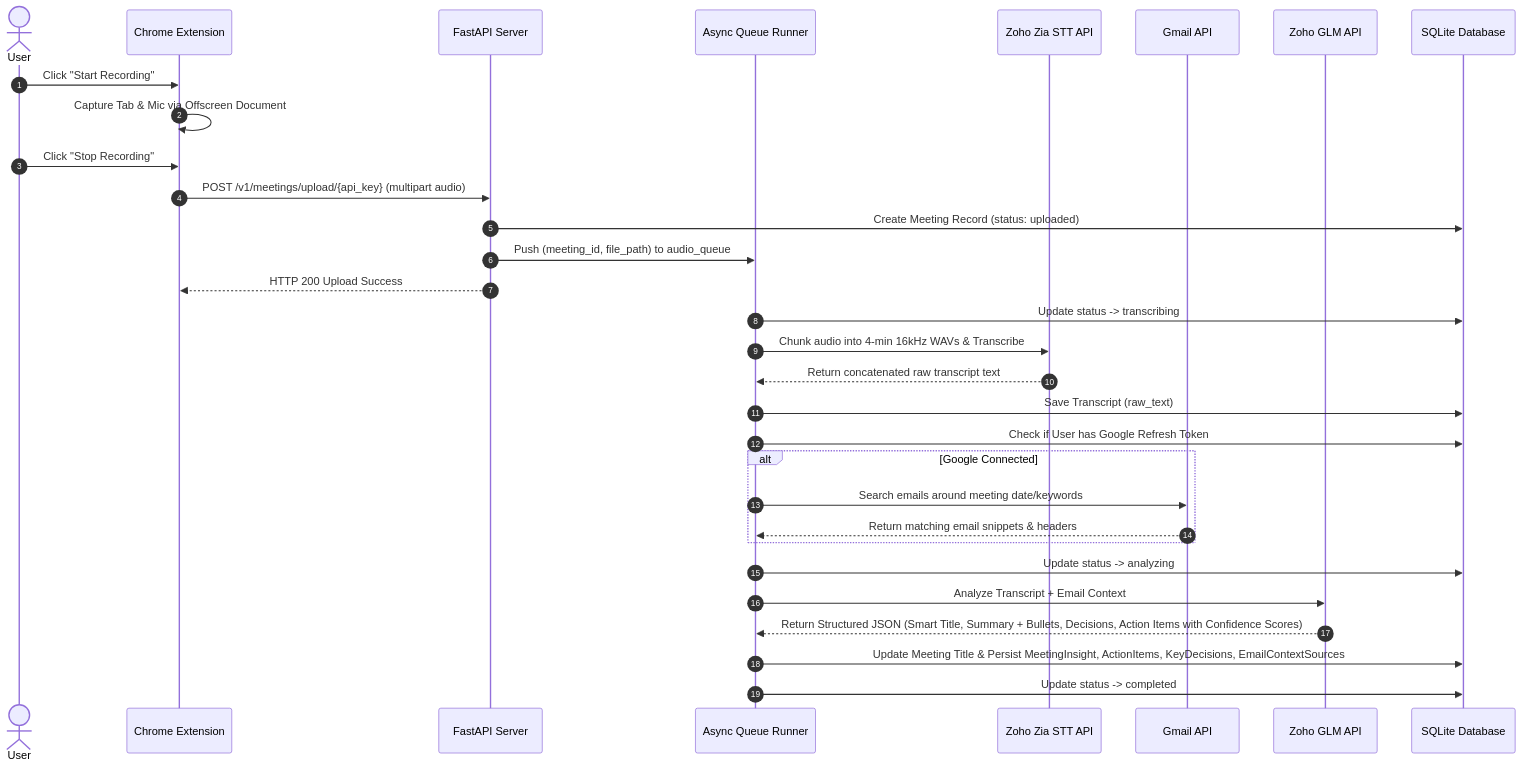
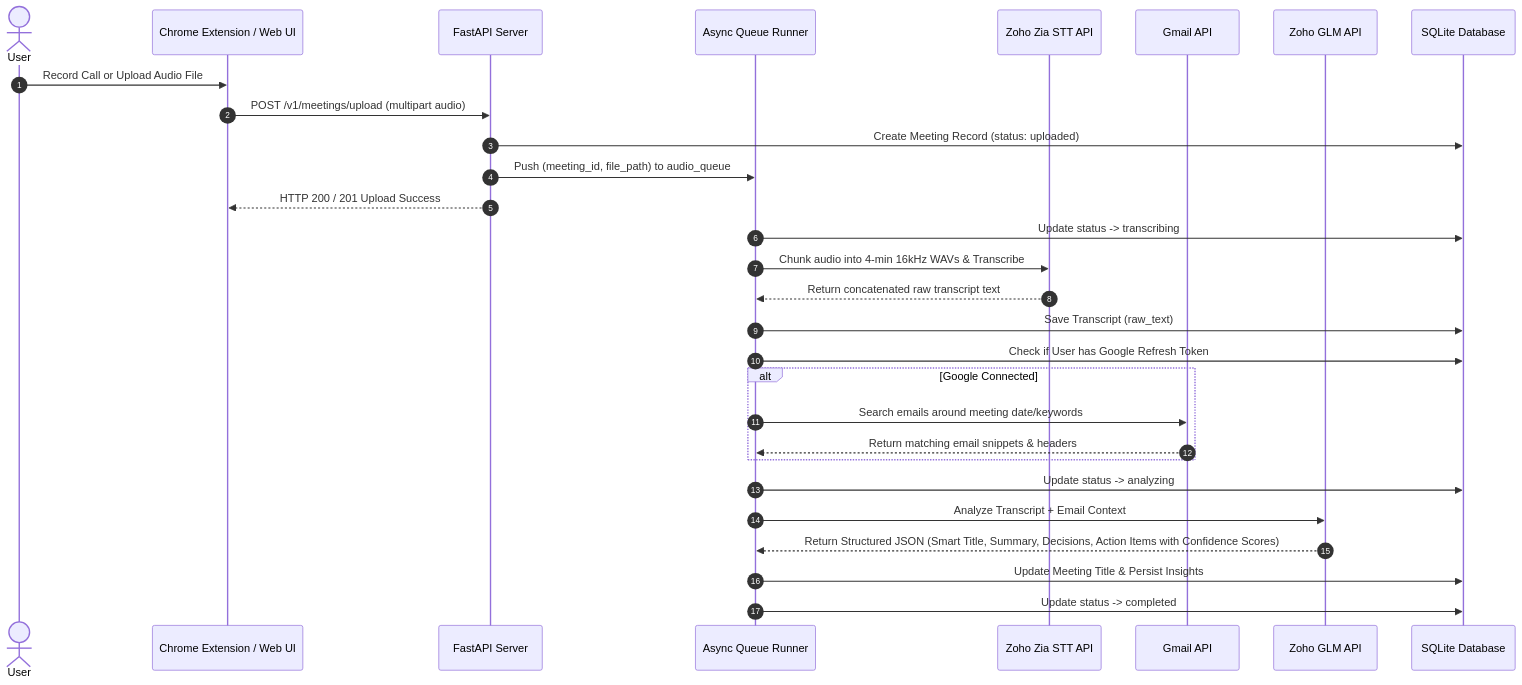
The second of 4 diagrams in Docs/ARCHITECTURE.md (adarsh-v-h/MeetInMin), drawn with Mermaid before and after one commit. The commit also changed other lines of this file and 1 other file, not shown here.

Commit message:
docs: Comprehensive update for project document uploads, memory engine, completed meeting checks, and system architecture

````diff
--- a/Docs/ARCHITECTURE.md
+++ b/Docs/ARCHITECTURE.md
@@ -64,37 +73,35 @@
 ```mermaid
 sequenceDiagram
     autonumber
     actor User
-    participant Ext as Chrome Extension
+    participant Ext as Chrome Extension / Web UI
     participant API as FastAPI Server
     participant Queue as Async Queue Runner
     participant STT as Zoho Zia STT API
     participant Gmail as Gmail API
     participant GLM as Zoho GLM API
     participant DB as SQLite Database
 
-    User->>Ext: Click "Start Recording"
-    Ext->>Ext: Capture Tab & Mic via Offscreen Document
-    User->>Ext: Click "Stop Recording"
-    Ext->>API: POST /v1/meetings/upload/{api_key} (multipart audio)
+    User->>Ext: Record Call or Upload Audio File
+    Ext->>API: POST /v1/meetings/upload (multipart audio)
     API->>DB: Create Meeting Record (status: uploaded)
     API->>Queue: Push (meeting_id, file_path) to audio_queue
-    API-->>Ext: HTTP 200 Upload Success
+    API-->>Ext: HTTP 200 / 201 Upload Success
 
     Queue->>DB: Update status -> transcribing
     Queue->>STT: Chunk audio into 4-min 16kHz WAVs & Transcribe
     STT-->>Queue: Return concatenated raw transcript text
     Queue->>DB: Save Transcript (raw_text)
 
     Queue->>DB: Check if User has Google Refresh Token
     alt Google Connected
         Queue->>Gmail: Search emails around meeting date/keywords
         Gmail-->>Queue: Return matching email snippets & headers
     end
 
     Queue->>DB: Update status -> analyzing
     Queue->>GLM: Analyze Transcript + Email Context
-    GLM-->>Queue: Return Structured JSON (Smart Title, Summary + Bullets, Decisions, Action Items with Confidence Scores)
-    Queue->>DB: Update Meeting Title & Persist MeetingInsight, ActionItems, KeyDecisions, EmailContextSources
+    GLM-->>Queue: Return Structured JSON (Smart Title, Summary, Decisions, Action Items with Confidence Scores)
+    Queue->>DB: Update Meeting Title & Persist Insights
     Queue->>DB: Update status -> completed
 ```
````
